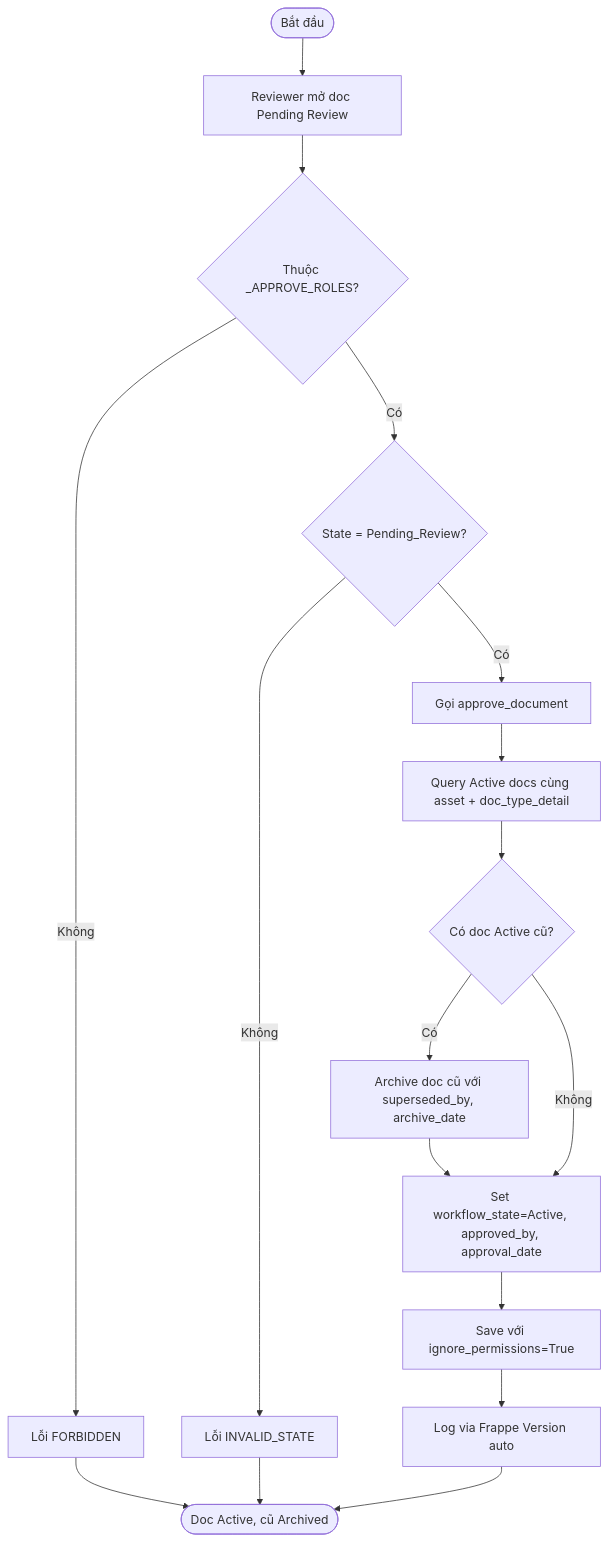
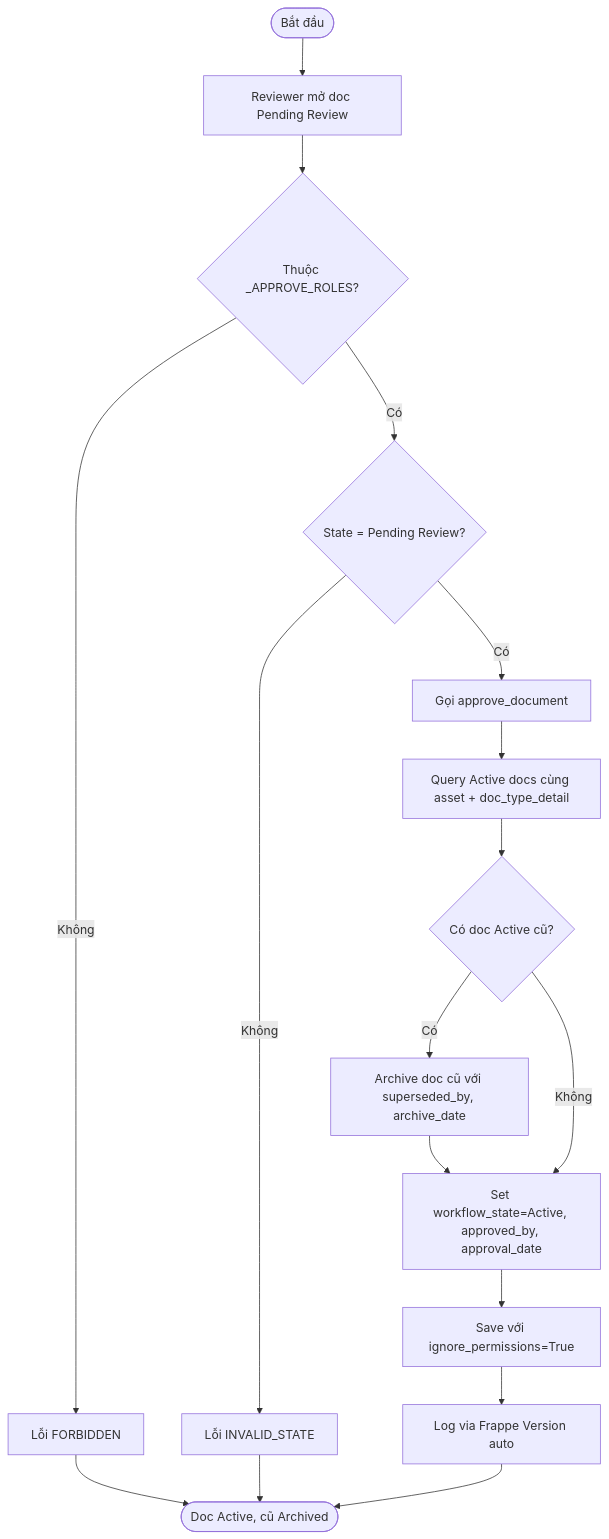
One commit to mvl26/Assetcore changed the third of 6 diagrams in docs/imm-05/02_Analysis_Design.md. Above: the diagram before and after it, drawn with Mermaid. The commit also changed other lines of this file and 180 other files, not shown here.

````diff
--- a/docs/imm-05/02_Analysis_Design.md
+++ b/docs/imm-05/02_Analysis_Design.md
@@ -266,19 +266,19 @@
 ```mermaid
 flowchart TD
     Start([Bắt đầu]) --> A[Reviewer mở doc Pending Review]
     A --> B{Thuộc _APPROVE_ROLES?}
     B -->|Không| Err1[Lỗi FORBIDDEN]
-    B -->|Có| C{State = Pending_Review?}
+    B -->|Có| C{State = Pending Review?}
     C -->|Không| Err2[Lỗi INVALID_STATE]
     C -->|Có| D[Gọi approve_document]
     D --> E[Query Active docs cùng asset + doc_type_detail]
     E --> F{Có doc Active cũ?}
     F -->|Có| G[Archive doc cũ với superseded_by, archive_date]
     F -->|Không| H
     G --> H[Set workflow_state=Active, approved_by, approval_date]
     H --> I[Save với ignore_permissions=True]
     I --> J[Log via Frappe Version auto]
     J --> End([Doc Active, cũ Archived])
     Err1 --> End
     Err2 --> End
 ```
````
